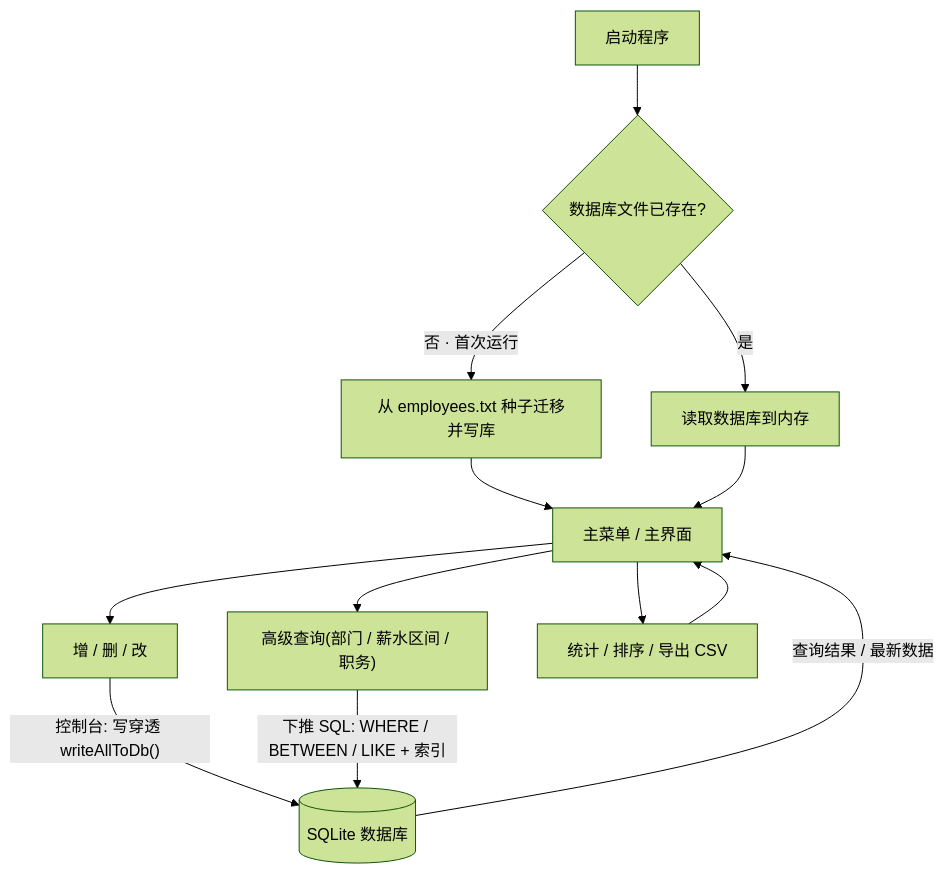
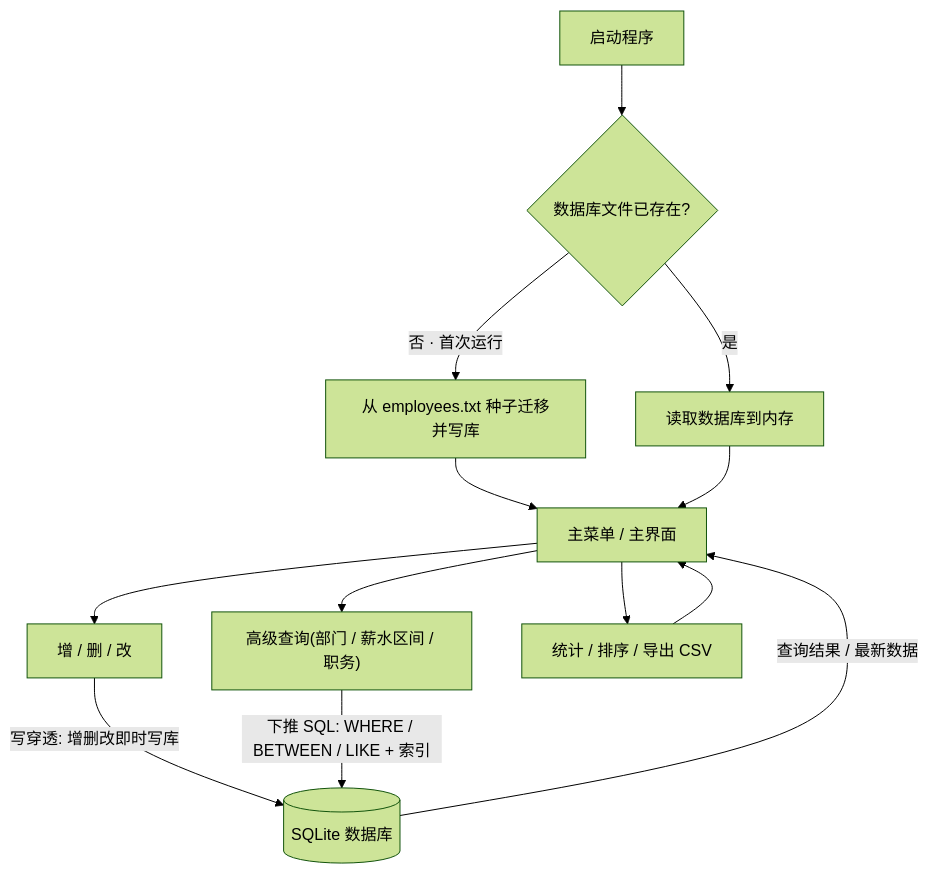
One commit to qw798124012700qw/personnel-management-system changed the fourth of 4 diagrams in README.md. Above: the diagram before and after it, drawn with Mermaid (forest theme). The commit also changed other lines of this file and 3 other files, not shown here.

````diff
--- a/README.md
+++ b/README.md
@@ -256,15 +256,15 @@
 ```mermaid
 flowchart TD
     A["启动程序"] --> B{"数据库文件已存在?"}
     B -->|"否 · 首次运行"| C["从 employees.txt 种子迁移并写库"]
     B -->|"是"| D["读取数据库到内存"]
     C --> E["主菜单 / 主界面"]
     D --> E
     E --> F["增 / 删 / 改"]
     E --> G["高级查询(部门 / 薪水区间 / 职务)"]
     E --> H["统计 / 排序 / 导出 CSV"]
-    F -->|"控制台: 写穿透 writeAllToDb()"| DB[("SQLite 数据库")]
+    F -->|"写穿透: 增删改即时写库"| DB[("SQLite 数据库")]
     G -->|"下推 SQL: WHERE / BETWEEN / LIKE + 索引"| DB
     DB -->|"查询结果 / 最新数据"| E
     H --> E
 ```
````
